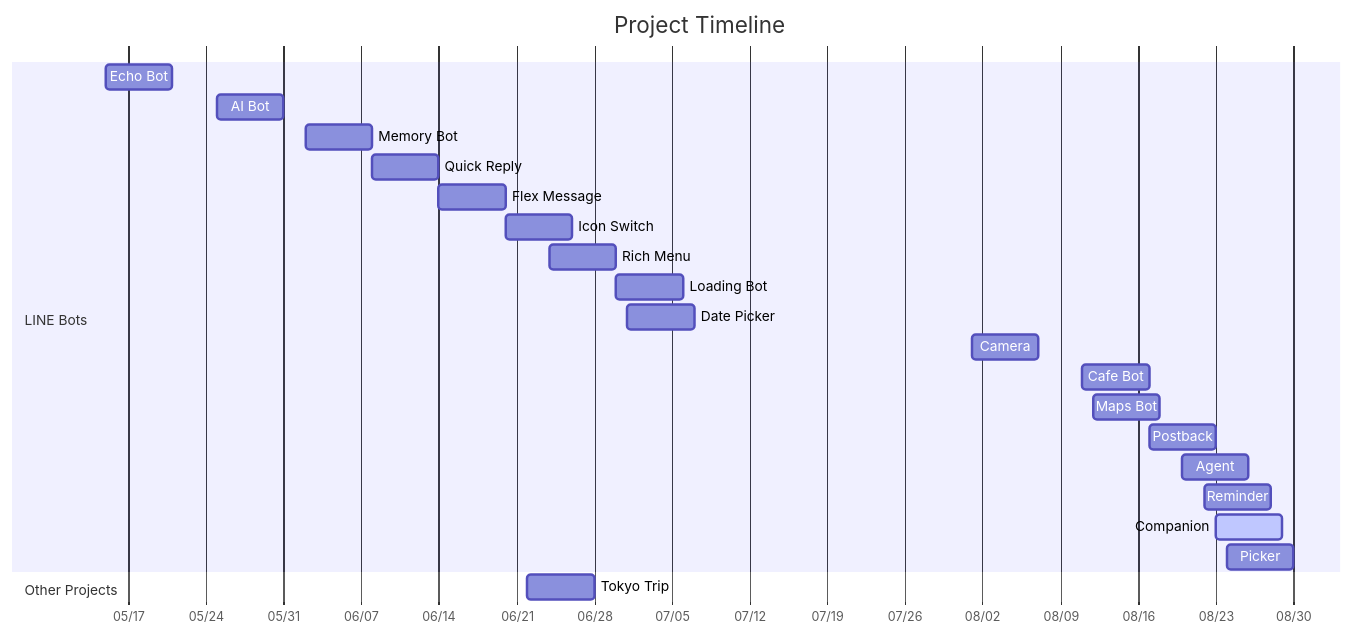
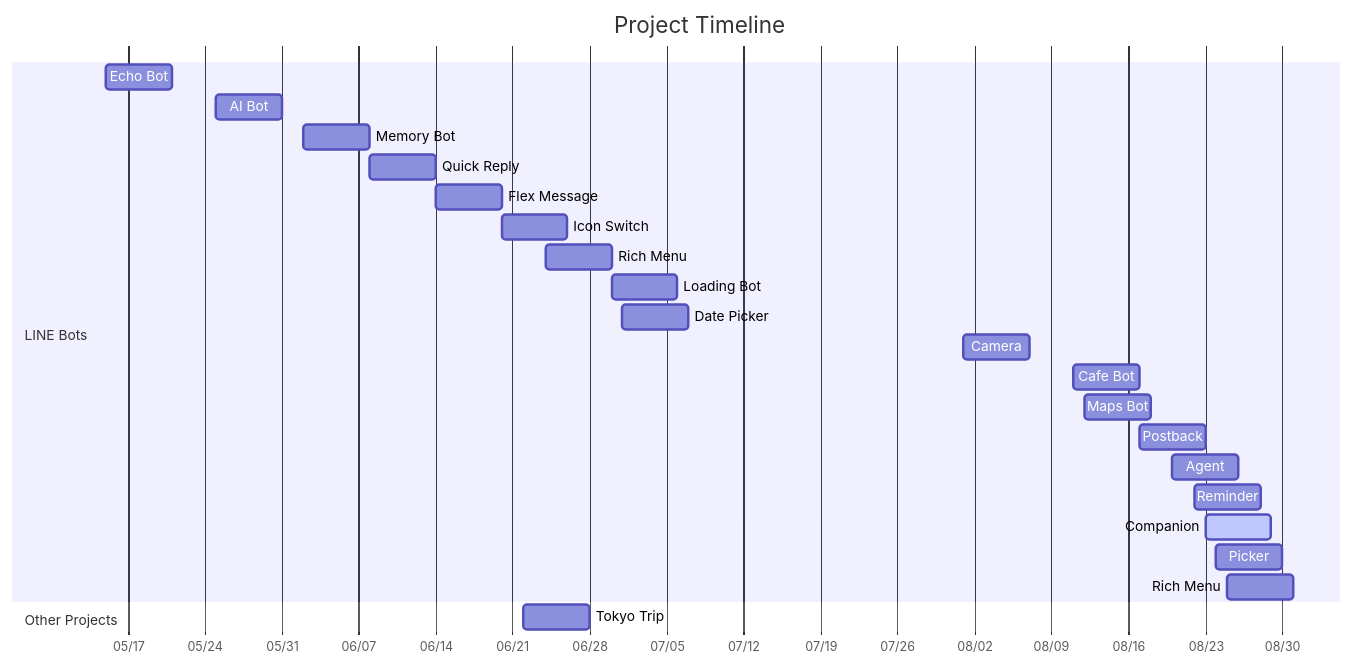
The diagram in README.md (zonawang/zona-ai-learning-lab), drawn with Mermaid before and after one commit. The commit also changed other lines of this file, not shown here.

Commit message:
docs: add cafe Rich Menu project entry

````diff
--- a/README.md
+++ b/README.md
@@ -11,28 +11,29 @@
 ```mermaid
 gantt
     title Project Timeline
     dateFormat YYYY-MM-DD
     axisFormat %m/%d
 
     section LINE Bots
     Echo Bot      :p1, 2026-05-15, 6d
     AI Bot        :p2, 2026-05-25, 6d
     Memory Bot    :p3, 2026-06-02, 6d
     Quick Reply   :p4, 2026-06-08, 6d
     Flex Message  :p5, 2026-06-14, 6d
     Icon Switch   :p6, 2026-06-20, 6d
     Rich Menu     :p8, 2026-06-24, 6d
     Loading Bot   :p9, 2026-06-30, 6d
     Date Picker   :p10, 2026-07-01, 6d
     Camera        :p11, 2026-08-01, 6d
     Cafe Bot      :p12, 2026-08-11, 6d
     Maps Bot      :p13, 2026-08-12, 6d
     Postback      :p14, 2026-08-17, 6d
     Agent         :p15, 2026-08-20, 6d
     Reminder      :p16, 2026-08-22, 6d
     Companion     :active, p17, 2026-08-23, 6d
     Picker        :p18, 2026-08-24, 6d
+    Rich Menu     :p19, 2026-08-25, 6d
 
     section Other Projects
     Tokyo Trip    :p7, 2026-06-22, 6d
 ```
````
